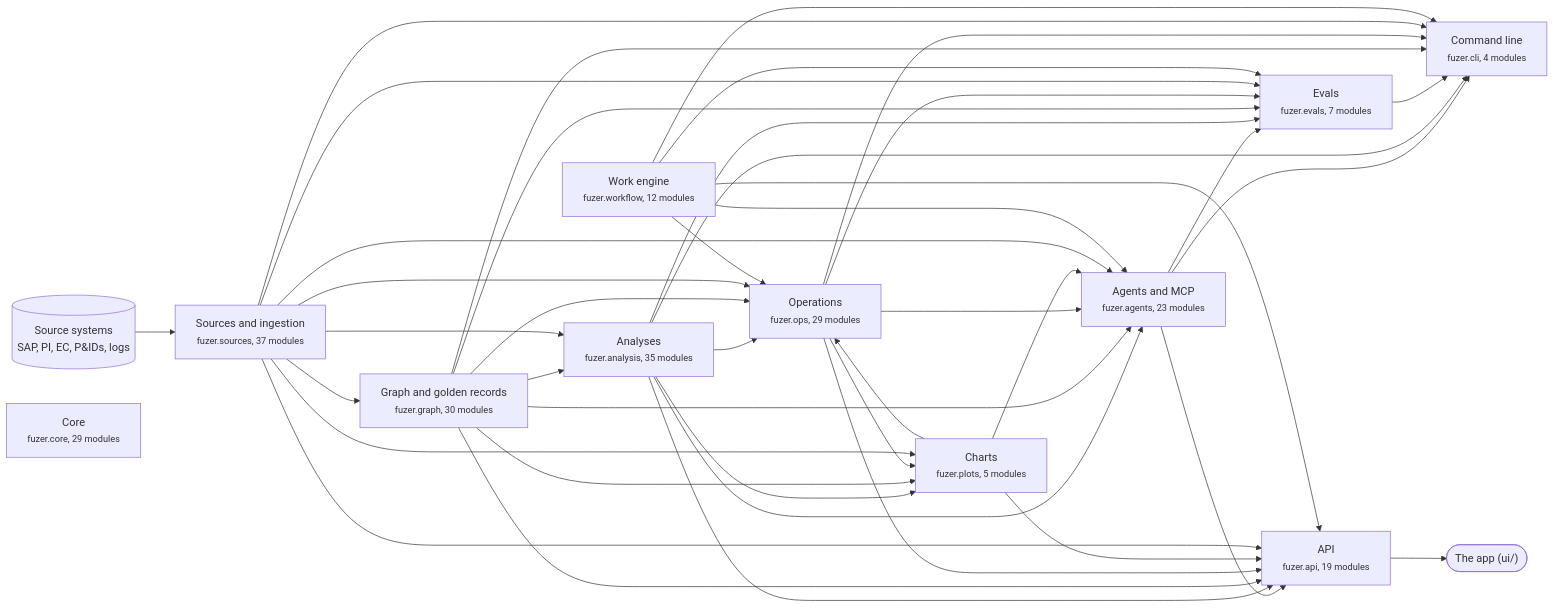
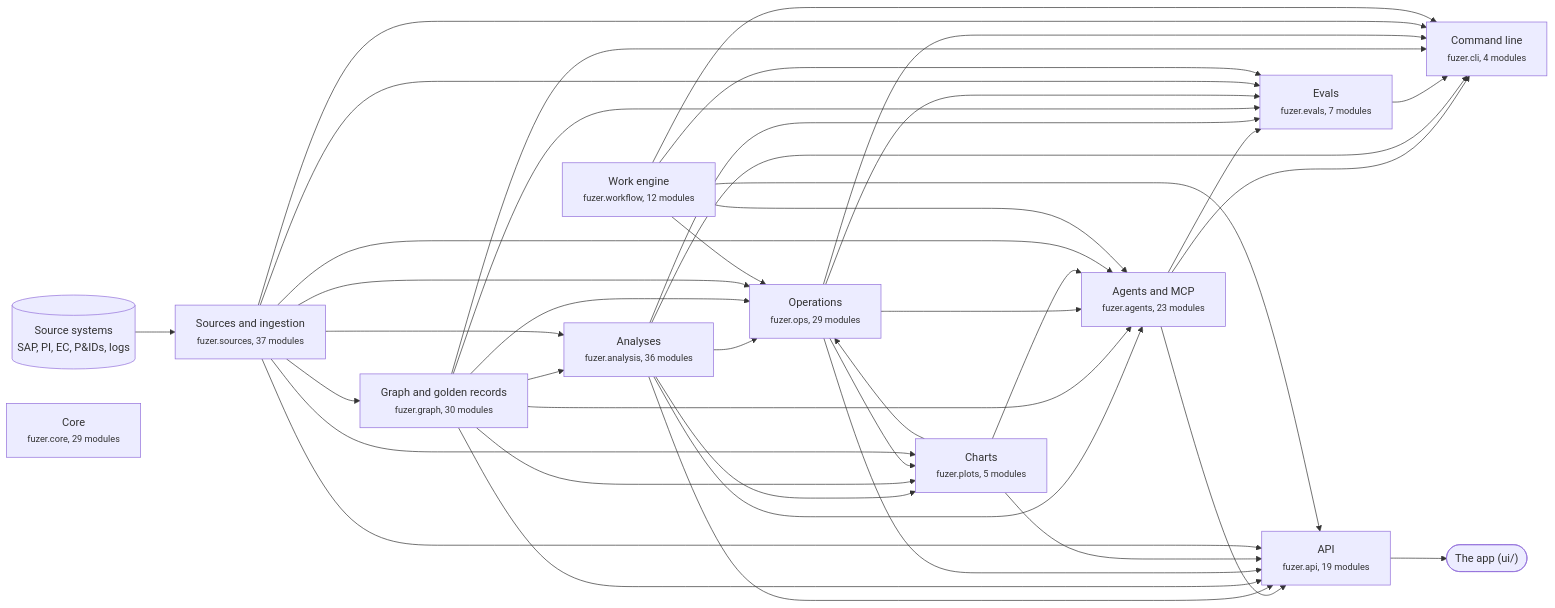
The first of 3 diagrams in docs/architecture.md (areed145/fuzer), drawn with Mermaid before and after one commit. The commit also changed other lines of this file and 7 other files, not shown here.

````diff
--- a/docs/architecture.md
+++ b/docs/architecture.md
@@ -8,66 +8,66 @@
 ```mermaid
 flowchart LR
   systems[("Source systems<br>SAP, PI, EC, P&IDs, logs")] --> c_sources
   app(["The app (ui/)"])
   c_api --> app
   c_sources["Sources and ingestion<br><small>fuzer.sources, 37 modules</small>"]
   c_graph["Graph and golden records<br><small>fuzer.graph, 30 modules</small>"]
-  c_analysis["Analyses<br><small>fuzer.analysis, 35 modules</small>"]
+  c_analysis["Analyses<br><small>fuzer.analysis, 36 modules</small>"]
   c_ops["Operations<br><small>fuzer.ops, 29 modules</small>"]
   c_plots["Charts<br><small>fuzer.plots, 5 modules</small>"]
   c_workflow["Work engine<br><small>fuzer.workflow, 12 modules</small>"]
   c_agents["Agents and MCP<br><small>fuzer.agents, 23 modules</small>"]
   c_evals["Evals<br><small>fuzer.evals, 7 modules</small>"]
   c_api["API<br><small>fuzer.api, 19 modules</small>"]
   c_cli["Command line<br><small>fuzer.cli, 4 modules</small>"]
   c_core["Core<br><small>fuzer.core, 29 modules</small>"]
   c_sources --> c_graph
   c_graph --> c_analysis
   c_sources --> c_analysis
   c_analysis --> c_ops
   c_graph --> c_ops
   c_plots --> c_ops
   c_sources --> c_ops
   c_workflow --> c_ops
   c_analysis --> c_plots
   c_graph --> c_plots
   c_ops --> c_plots
   c_sources --> c_plots
   c_analysis --> c_agents
   c_graph --> c_agents
   c_ops --> c_agents
   c_plots --> c_agents
   c_sources --> c_agents
   c_workflow --> c_agents
   c_agents --> c_evals
   c_analysis --> c_evals
   c_graph --> c_evals
   c_ops --> c_evals
   c_sources --> c_evals
   c_workflow --> c_evals
   c_agents --> c_api
   c_analysis --> c_api
   c_graph --> c_api
   c_ops --> c_api
   c_plots --> c_api
   c_sources --> c_api
   c_workflow --> c_api
   c_agents --> c_cli
   c_analysis --> c_cli
   c_evals --> c_cli
   c_graph --> c_cli
   c_ops --> c_cli
   c_sources --> c_cli
   c_workflow --> c_cli
   click c_sources "https://github.com/areed145/fuzer/tree/main/src/fuzer/sources"
   click c_graph "https://github.com/areed145/fuzer/tree/main/src/fuzer/graph"
   click c_analysis "https://github.com/areed145/fuzer/tree/main/src/fuzer/analysis"
   click c_ops "https://github.com/areed145/fuzer/tree/main/src/fuzer/ops"
   click c_plots "https://github.com/areed145/fuzer/tree/main/src/fuzer/plots"
   click c_workflow "https://github.com/areed145/fuzer/tree/main/src/fuzer/workflow"
   click c_agents "https://github.com/areed145/fuzer/tree/main/src/fuzer/agents"
   click c_evals "https://github.com/areed145/fuzer/tree/main/src/fuzer/evals"
   click c_api "https://github.com/areed145/fuzer/tree/main/src/fuzer/api"
   click c_cli "https://github.com/areed145/fuzer/tree/main/src/fuzer/cli"
   click c_core "https://github.com/areed145/fuzer/tree/main/src/fuzer/core"
 ```
````
